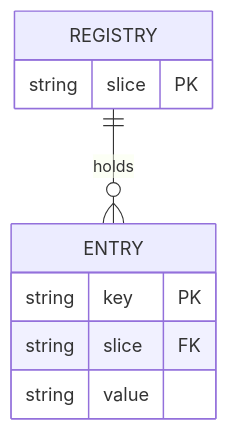
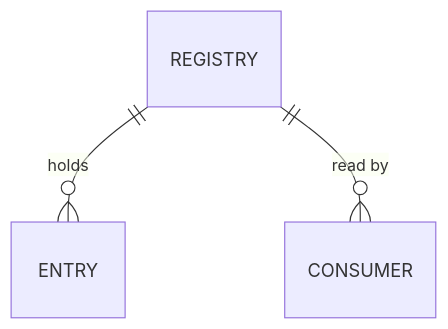
Before and after one commit to davisjam/agent-governance-mechanisms: the diagram in book/appendix-fills/models-bridge/domain-registries.md, drawn with Mermaid. The commit also changed other lines of this file and 21 other files, not shown here.

````diff
--- a/book/appendix-fills/models-bridge/domain-registries.md
+++ b/book/appendix-fills/models-bridge/domain-registries.md
@@ -33,12 +33,5 @@
 ```mermaid
 erDiagram
-  REGISTRY ||--o{ ENTRY : "holds"
-  REGISTRY {
-    string slice PK
-  }
-  ENTRY {
-    string key PK
-    string slice FK
-    string value
-  }
+  REGISTRY ||--o{ ENTRY : holds
+  REGISTRY ||--o{ CONSUMER : "read by"
 ```
````
